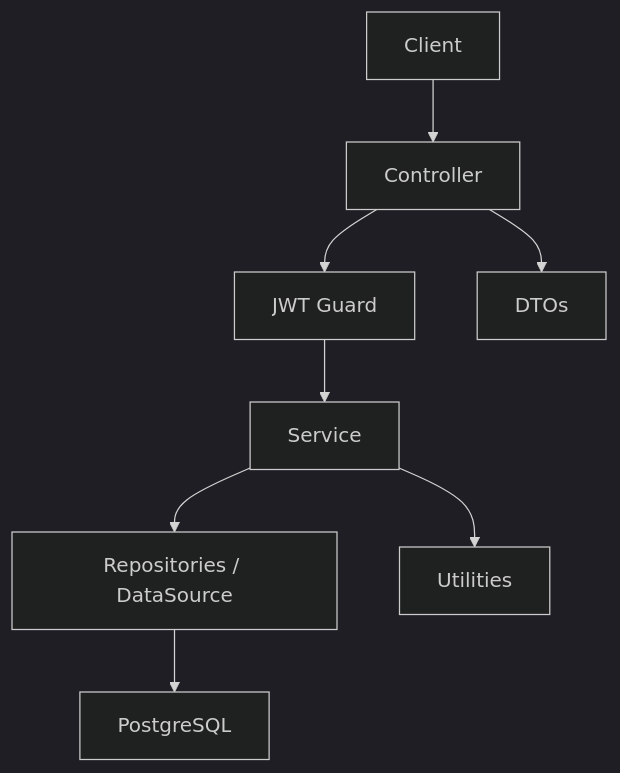
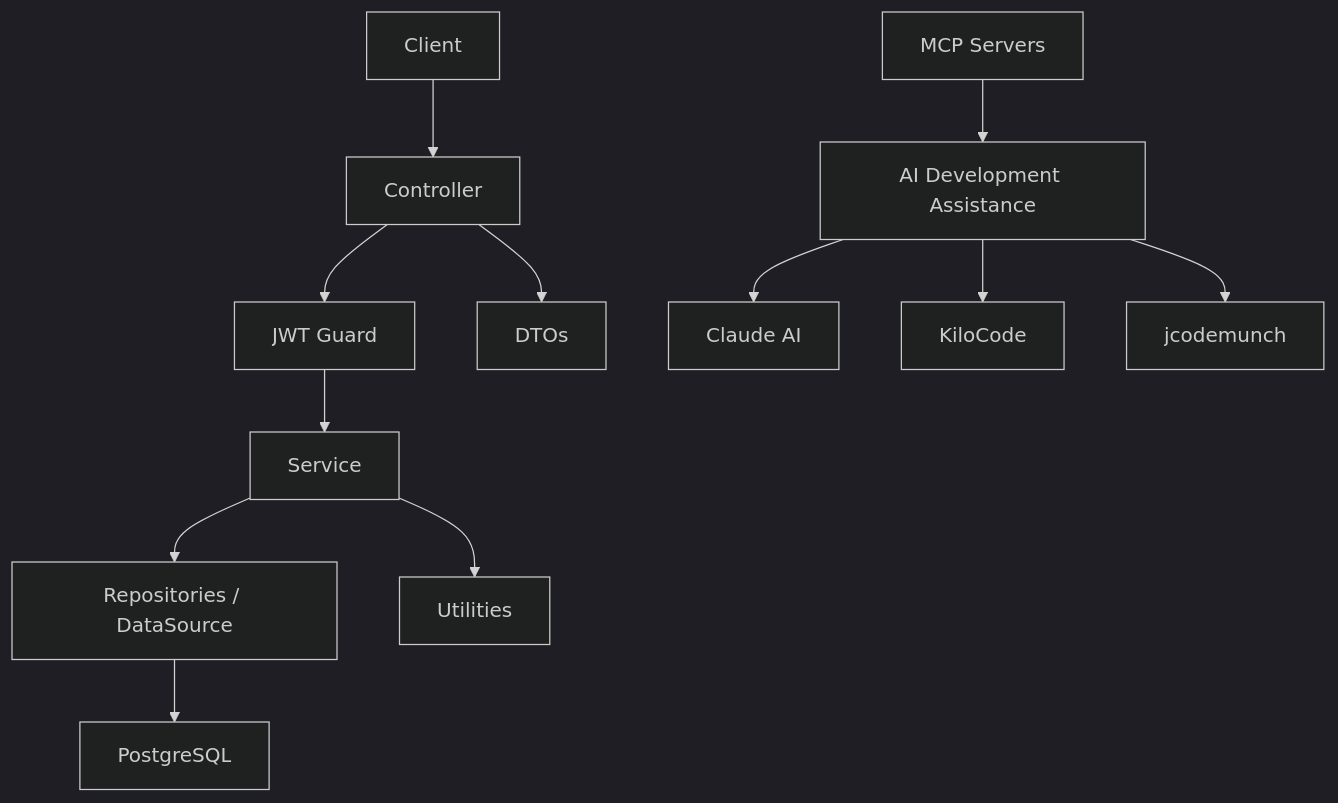
The second of 6 diagrams in .qoder/repowiki/en/content/Development Guidelines/Development Guidelines.md (macintoshUserchg/nest_js_gym_backend_current), drawn with Mermaid (dark theme) before and after one commit. The commit also changed other lines of this file and 53 other files, not shown here.

````diff
--- a/.qoder/repowiki/en/content/Development Guidelines/Development Guidelines.md
+++ b/.qoder/repowiki/en/content/Development Guidelines/Development Guidelines.md
@@ -94,10 +124,14 @@
 ```mermaid
 graph TB
 Client["Client"] --> Controller["Controller"]
 Controller --> Guard["JWT Guard"]
 Guard --> Service["Service"]
 Service --> Repo["Repositories / DataSource"]
 Repo --> DB["PostgreSQL"]
 Controller --> DTO["DTOs"]
 Service --> Utils["Utilities"]
+MCP["MCP Servers"] --> AIAssist["AI Development Assistance"]
+AIAssist --> Claude["Claude AI"]
+AIAssist --> KiloCode["KiloCode"]
+AIAssist --> jCodeMunch["jcodemunch"]
 ```
````
